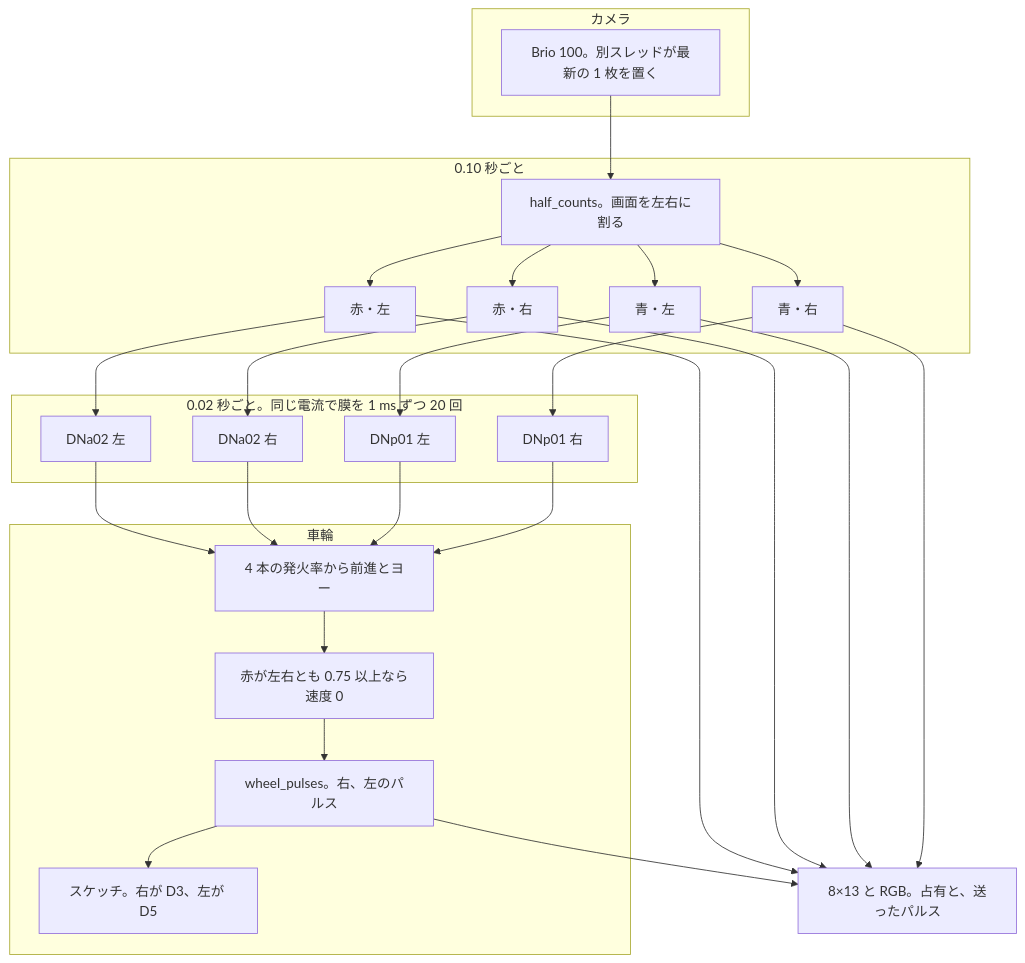
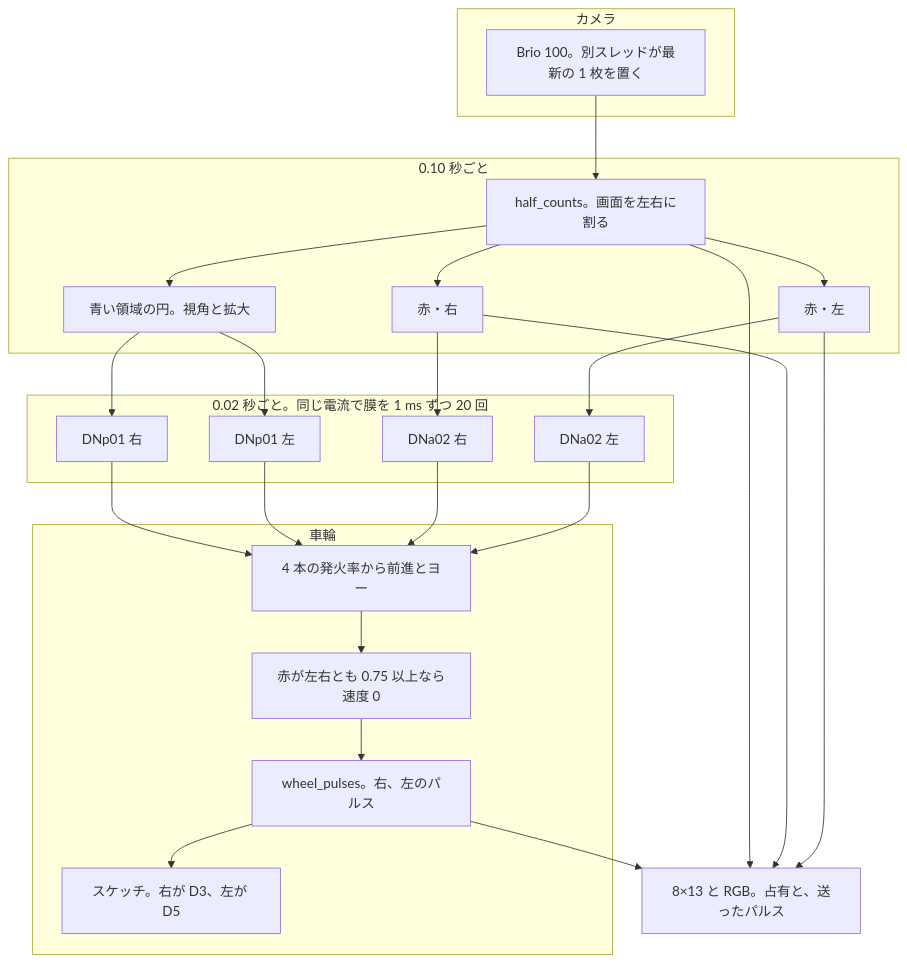
The diagram in src/flycar_q/README.md (hamling-ling/fly-car), drawn with Mermaid before and after one commit. The commit also changed other lines of this file and 14 other files, not shown here.

````diff
--- a/src/flycar_q/README.md
+++ b/src/flycar_q/README.md
@@ -19,47 +13,44 @@
 ```mermaid
 flowchart TB
   subgraph grab [カメラ]
     eye["Brio 100。別スレッドが最新の 1 枚を置く"]
   end
   subgraph pre [0.10 秒ごと]
     halves["half_counts。画面を左右に割る"]
     redL["赤・左"]
     redR["赤・右"]
-    blueL["青・左"]
-    blueR["青・右"]
+    blue["青い領域の円。視角と拡大"]
   end
   subgraph cells [0.02 秒ごと。同じ電流で膜を 1 ms ずつ 20 回]
     dnaL["DNa02 左"]
     dnaR["DNa02 右"]
     dnpL["DNp01 左"]
     dnpR["DNp01 右"]
   end
   subgraph drive [車輪]
     law["4 本の発火率から前進とヨー"]
     guard["赤が左右とも 0.75 以上なら速度 0"]
     pulse["wheel_pulses。右、左のパルス"]
     mcu["スケッチ。右が D3、左が D5"]
   end
   face["8×13 と RGB。占有と、送ったパルス"]
   eye --> halves
   halves --> redL
   halves --> redR
-  halves --> blueL
-  halves --> blueR
+  halves --> blue
   redL --> dnaL
   redR --> dnaR
-  blueL --> dnpL
-  blueR --> dnpR
+  blue --> dnpL
+  blue --> dnpR
   dnaL --> law
   dnaR --> law
   dnpL --> law
   dnpR --> law
   law --> guard
   guard --> pulse
   pulse --> mcu
   redL --> face
   redR --> face
-  blueL --> face
-  blueR --> face
+  halves --> face
   pulse --> face
 ```
````
